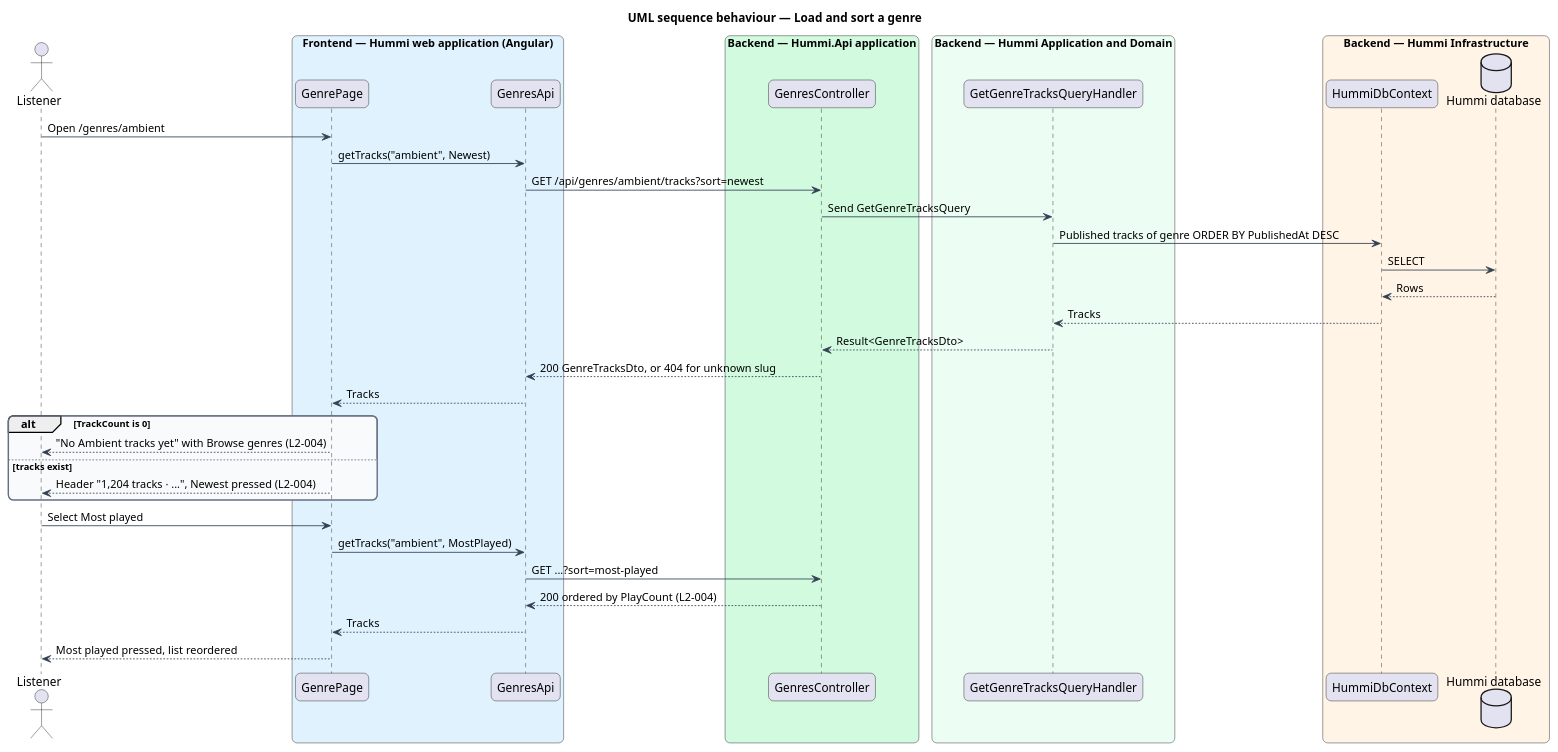
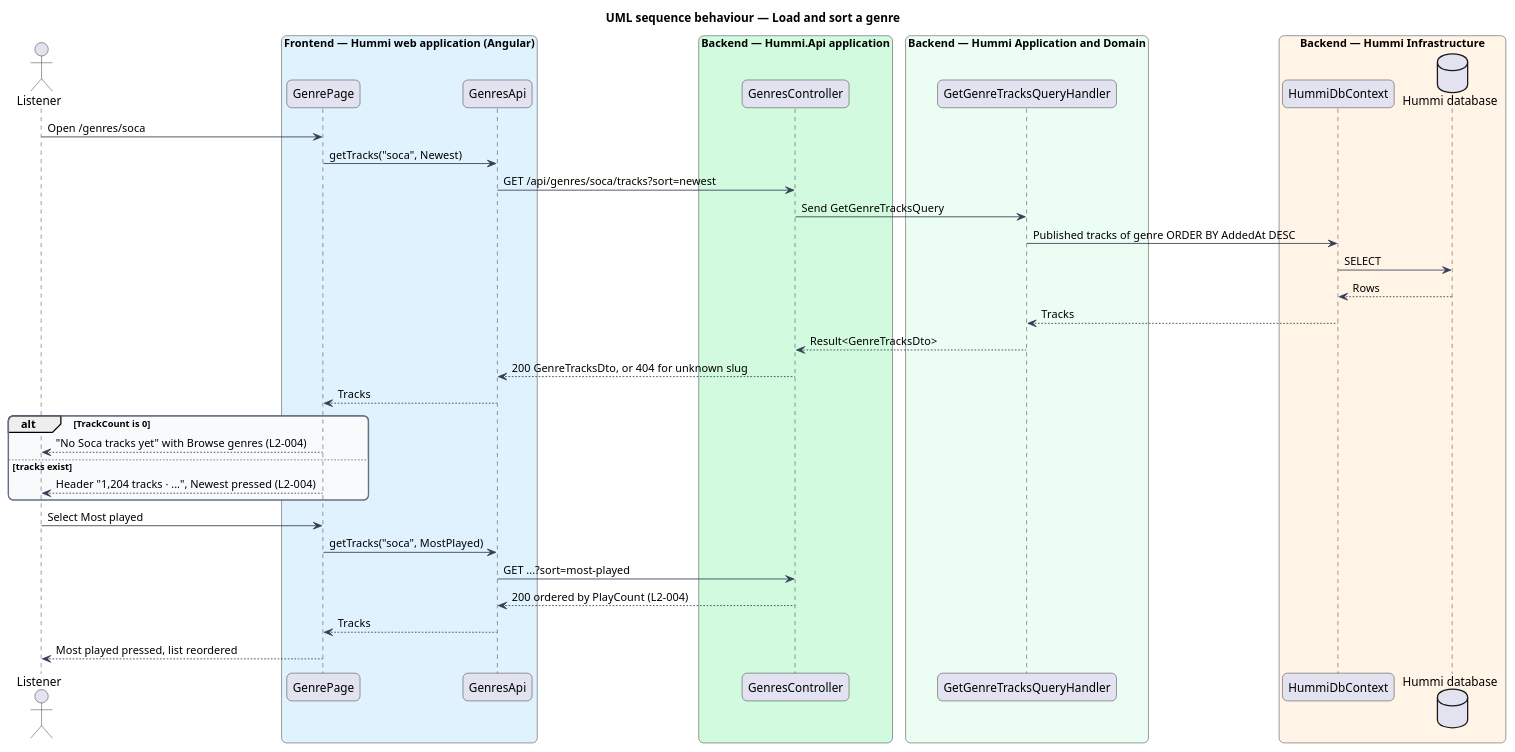
Before and after one commit to QuinntyneBrown/hummi: the diagram in docs/detailed-designs/discovery/view-genre/diagrams/sequence-load-genre.puml, drawn with PlantUML. The commit also changed 79 other files, not shown here.

First line of the commit message:
Browse genres: Browse, genre pages, sort, Play all and Shuffle

```diff
--- a/docs/detailed-designs/discovery/view-genre/diagrams/sequence-load-genre.puml
+++ b/docs/detailed-designs/discovery/view-genre/diagrams/sequence-load-genre.puml
@@ -1,54 +1,54 @@
 @startuml
 title UML sequence behaviour — Load and sort a genre
 skinparam backgroundColor #FFFFFF
 skinparam shadowing false
 skinparam roundcorner 12
 skinparam defaultFontName Arial
 skinparam ArrowColor #344054
 skinparam rectangle {
   BorderColor #344054
   FontColor #101828
 }
 skinparam package {
   BorderColor #667085
   FontColor #101828
   BackgroundColor #F9FAFB
 }
 actor "Listener" as u
 box "Frontend — Hummi web application (Angular)" #E0F2FE
   participant "GenrePage" as page
   participant "GenresApi" as client
 end box
 box "Backend — Hummi.Api application" #D1FADF
   participant "GenresController" as ctl
 end box
 box "Backend — Hummi Application and Domain" #ECFDF3
   participant "GetGenreTracksQueryHandler" as q
 end box
 box "Backend — Hummi Infrastructure" #FFF4E5
   participant "HummiDbContext" as ctx
   database "Hummi database" as db
 end box
-u -> page : Open /genres/ambient
-page -> client : getTracks("ambient", Newest)
-client -> ctl : GET /api/genres/ambient/tracks?sort=newest
+u -> page : Open /genres/soca
+page -> client : getTracks("soca", Newest)
+client -> ctl : GET /api/genres/soca/tracks?sort=newest
 ctl -> q : Send GetGenreTracksQuery
-q -> ctx : Published tracks of genre ORDER BY PublishedAt DESC
+q -> ctx : Published tracks of genre ORDER BY AddedAt DESC
 ctx -> db : SELECT
 db --> ctx : Rows
 ctx --> q : Tracks
 q --> ctl : Result<GenreTracksDto>
 ctl --> client : 200 GenreTracksDto, or 404 for unknown slug
 client --> page : Tracks
 alt TrackCount is 0
-  page --> u : "No Ambient tracks yet" with Browse genres (L2-004)
+  page --> u : "No Soca tracks yet" with Browse genres (L2-004)
 else tracks exist
   page --> u : Header "1,204 tracks · ...", Newest pressed (L2-004)
 end
 u -> page : Select Most played
-page -> client : getTracks("ambient", MostPlayed)
+page -> client : getTracks("soca", MostPlayed)
 client -> ctl : GET ...?sort=most-played
 ctl --> client : 200 ordered by PlayCount (L2-004)
 client --> page : Tracks
 page --> u : Most played pressed, list reordered
 @enduml
```
